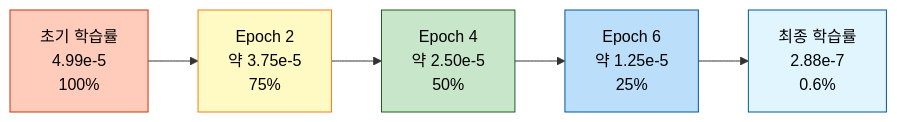
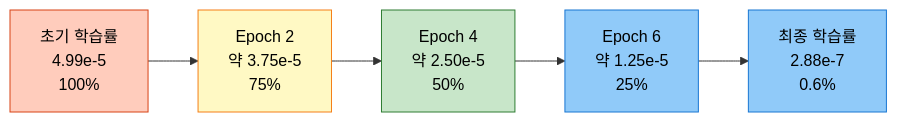
Before and after one commit to AIBootcamp14/naturallanguageprocessingcompetition-nlp-1: the eighth of 15 diagrams in docs/experiments/20251013_111525_strategy1_kobart_optimized_실험분석.md, drawn with Mermaid. The commit also changed other lines of this file, not shown here.

Commit message:
fix: 실험 분석 문서 mermaid 스타일 수정   - 모든 mermaid 다이어그램을 개별 노드 스타일 형식으로 변경   - subgraph 스타일 제거, 개별 노드별 색상 적용   - 20251012 문서 스타일 형식에 맞춰 통일   - experiments_style.md의 모든 예시 코드도 동일하게 수정

````diff
--- a/docs/experiments/20251013_111525_strategy1_kobart_optimized_실험분석.md
+++ b/docs/experiments/20251013_111525_strategy1_kobart_optimized_실험분석.md
@@ -441,13 +450,13 @@
 ```mermaid
 graph LR
     A[초기 학습률<br/>4.99e-5<br/>100%] --> B[Epoch 2<br/>약 3.75e-5<br/>75%]
     B --> C[Epoch 4<br/>약 2.50e-5<br/>50%]
     C --> D[Epoch 6<br/>약 1.25e-5<br/>25%]
     D --> E[최종 학습률<br/>2.88e-7<br/>0.6%]
 
-    style A fill:#ffccbc,stroke:#bf360c,color:#000
+    style A fill:#ffccbc,stroke:#d84315,color:#000
     style B fill:#fff9c4,stroke:#f57f17,color:#000
-    style C fill:#c8e6c9,stroke:#1b5e20,color:#000
-    style D fill:#bbdefb,stroke:#01579b,color:#000
-    style E fill:#e1f5ff,stroke:#01579b,color:#000
+    style C fill:#c8e6c9,stroke:#2e7d32,color:#000
+    style D fill:#90caf9,stroke:#1976d2,color:#000
+    style E fill:#90caf9,stroke:#1976d2,color:#000
 ```
````
